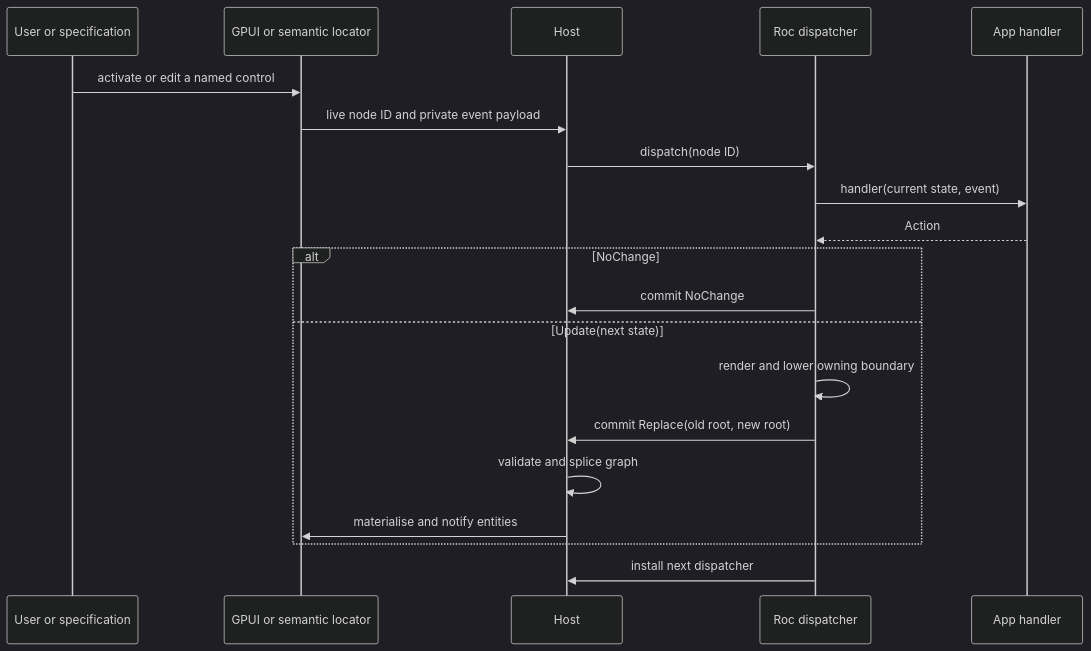
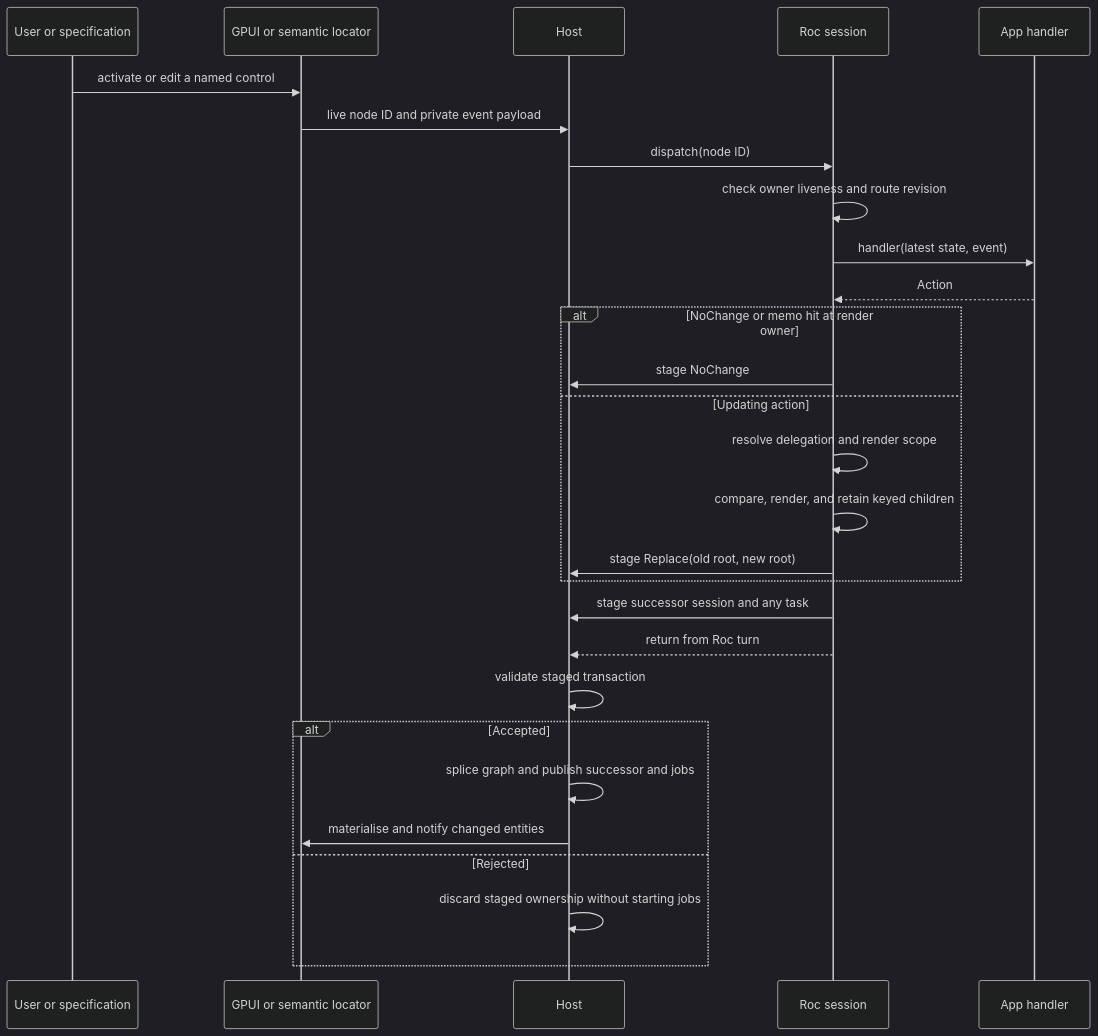
Before and after one commit to lukewilliamboswell/roc-gui: the second of 2 diagrams in docs/architecture.adoc, drawn with Mermaid (dark theme). The commit also changed other lines of this file and 96 other files, not shown here.

Commit message:
Implement keyed Action-State components and retained graph transactions

```diff
--- a/docs/architecture.adoc
+++ b/docs/architecture.adoc
@@ -147,24 +197,32 @@
 [mermaid]
 ....
 sequenceDiagram
     participant U as User or specification
     participant G as GPUI or semantic locator
     participant H as Host
-    participant P as Roc dispatcher
+    participant P as Roc session
     participant A as App handler
 
     U->>G: activate or edit a named control
     G->>H: live node ID and private event payload
     H->>P: dispatch(node ID)
-    P->>A: handler(current state, event)
+    P->>P: check owner liveness and route revision
+    P->>A: handler(latest state, event)
     A-->>P: Action
-    alt NoChange
-        P->>H: commit NoChange
-    else Update(next state)
-        P->>P: render and lower owning boundary
-        P->>H: commit Replace(old root, new root)
-        H->>H: validate and splice graph
-        H->>G: materialise and notify entities
+    alt NoChange or memo hit at render owner
+        P->>H: stage NoChange
+    else Updating action
+        P->>P: resolve delegation and render scope
+        P->>P: compare, render, and retain keyed children
+        P->>H: stage Replace(old root, new root)
     end
-    P->>H: install next dispatcher
+    P->>H: stage successor session and any task
+    P-->>H: return from Roc turn
+    H->>H: validate staged transaction
+    alt Accepted
+        H->>H: splice graph and publish successor and jobs
+        H->>G: materialise and notify changed entities
+    else Rejected
+        H->>H: discard staged ownership without starting jobs
+    end
 ....
```
